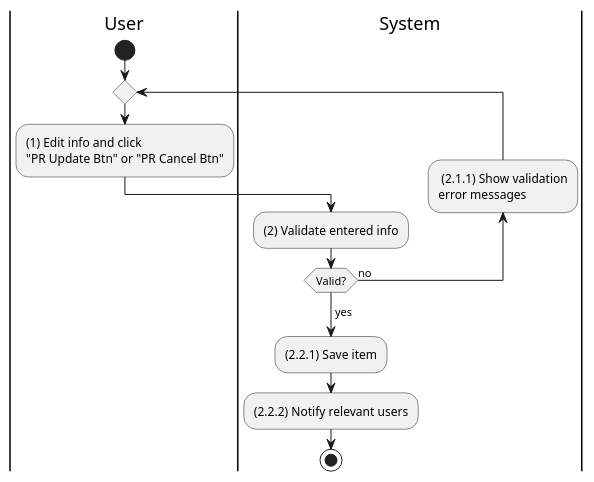
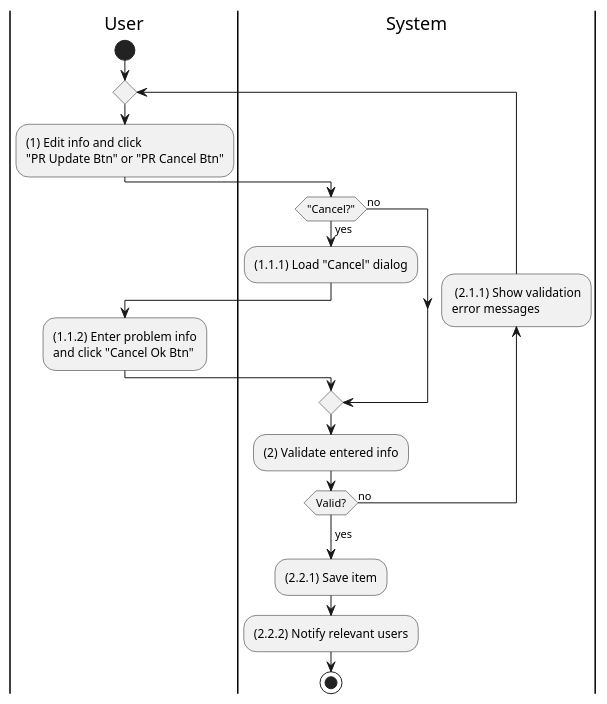
Before and after one commit to phihungha/scmss-reqs: the diagram in activities/purchase-requisition-update.plantuml, drawn with PlantUML. The commit also changed 7 other files, not shown here.

Commit message:
Add cancel flow for update activities

```diff
--- a/activities/purchase-requisition-update.plantuml
+++ b/activities/purchase-requisition-update.plantuml
@@ -1,17 +1,24 @@
 @startuml purchase-requisition-update
 |u|User
 |s|System
 
 |u|
 start
 repeat
     :(1) Edit info and click\n"PR Update Btn" or "PR Cancel Btn";
     |s|
+    if ("Cancel?") then (yes)
+        :(1.1.1) Load "Cancel" dialog;
+        |u|
+        :(1.1.2) Enter problem info\nand click "Cancel Ok Btn";
+    else (no)
+    endif
+    |s|
     :(2) Validate entered info;
     backward: (2.1.1) Show validation\nerror messages;
 repeat while (Valid?) is (no)
 ->yes;
 :(2.2.1) Save item;
 :(2.2.2) Notify relevant users;
 stop
 @enduml
```
